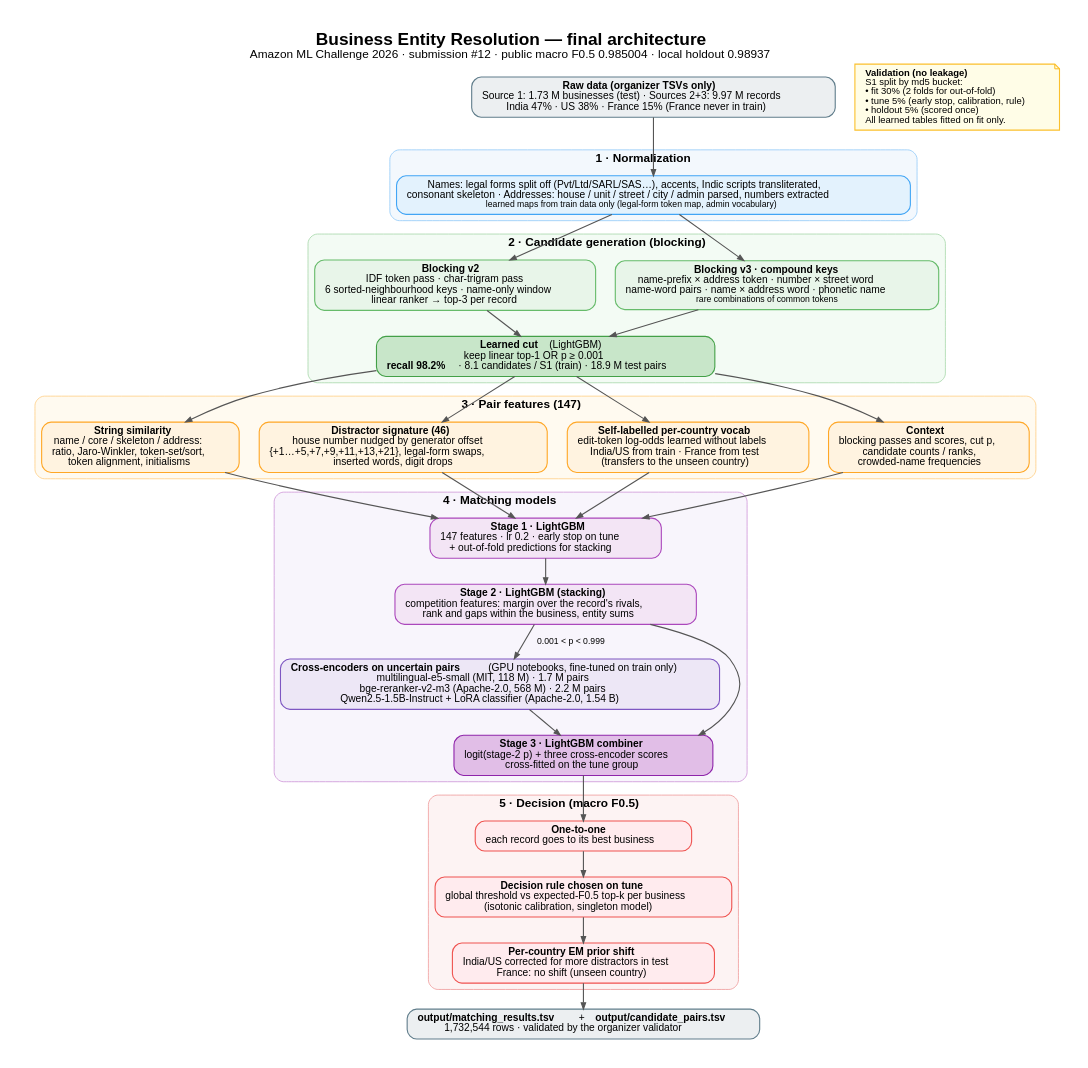
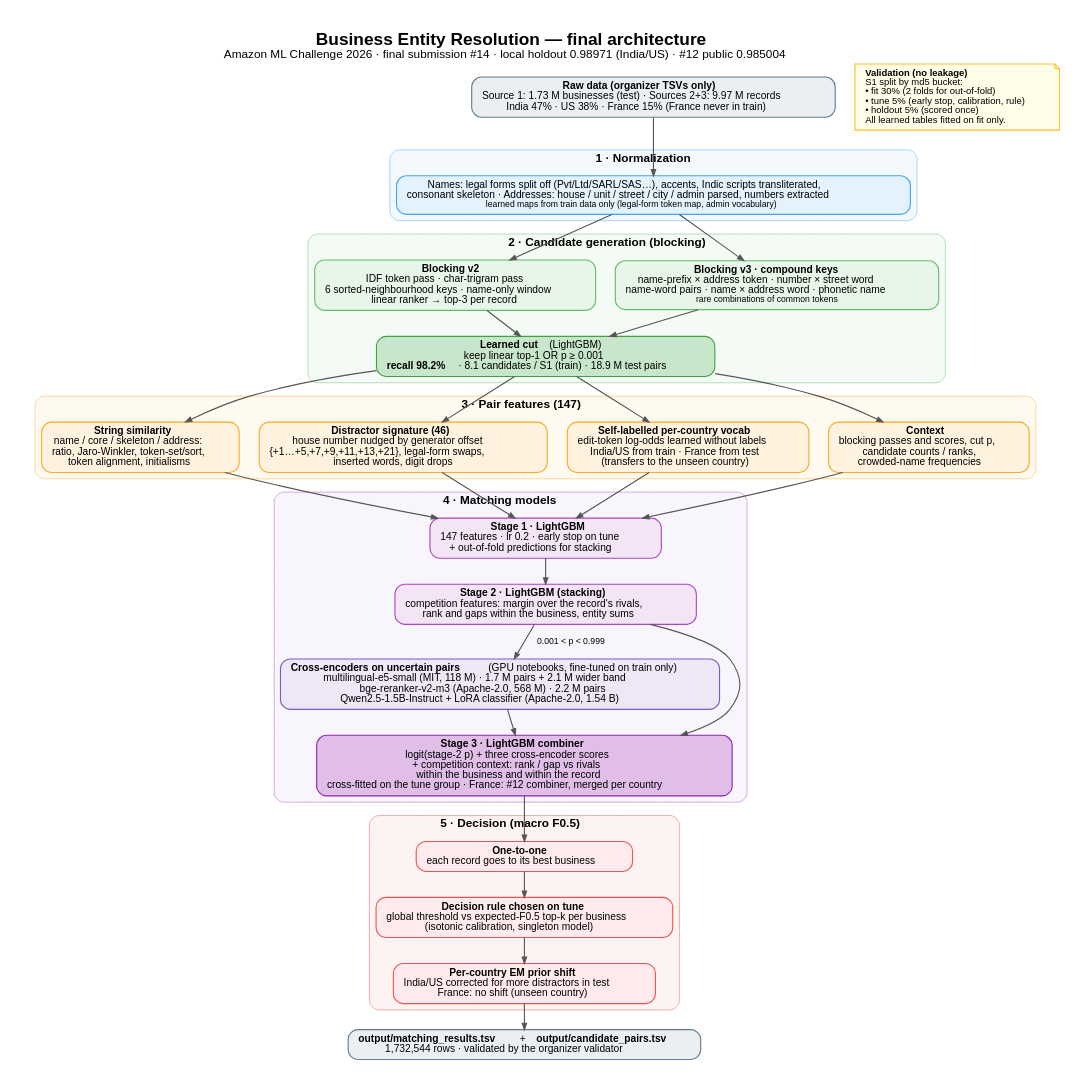
Before and after one commit to Dharaneswara-Reddy/amazon-ml-challenge-2026: the diagram in docs/diagrams/final_architecture.dot, drawn with Graphviz. The commit also changed 5 other files, not shown here.

Commit message:
D-029 final: stage-3 competition context + wider e5 band for India/US, #12 stage 3 for France, per-country merge; docs, README reproduce steps, diagram

```diff
--- a/docs/diagrams/final_architecture.dot
+++ b/docs/diagrams/final_architecture.dot
@@ -1,62 +1,62 @@
-// Final architecture of the submitted solution (#12, public 0.985004, local holdout 0.98937).
+// Final architecture of the submitted solution (#14 final, local holdout 0.98971; #12 public 0.985004).
 // Render: dot -Tpng -Gdpi=180 final_architecture.dot -o final_architecture.png
 digraph arch {
   graph [rankdir=TB, fontname="Helvetica", fontsize=22, labelloc=t, nodesep=0.35, ranksep=0.45, pad=0.4,
-         label=<<B>Business Entity Resolution — final architecture</B><BR/><FONT POINT-SIZE="15">Amazon ML Challenge 2026 · submission #12 · public macro F0.5 0.985004 · local holdout 0.98937</FONT>>];
+         label=<<B>Business Entity Resolution — final architecture</B><BR/><FONT POINT-SIZE="15">Amazon ML Challenge 2026 · final submission #14 · local holdout 0.98971 (India/US) · #12 public 0.985004</FONT>>];
   node  [shape=box, style="rounded,filled", fontname="Helvetica", fontsize=13, penwidth=1.4, margin="0.18,0.08"];
   edge  [color="#555555", penwidth=1.4, arrowsize=0.8, fontname="Helvetica", fontsize=11];
 
   input [label=<<B>Raw data (organizer TSVs only)</B><BR/>Source 1: 1.73 M businesses (test) · Sources 2+3: 9.97 M records<BR/>India 47% · US 38% · France 15% (France never in train)>, fillcolor="#eceff1", color="#607d8b"];
 
   subgraph cluster_norm {
     label=<<B>1 · Normalization</B>>; style="rounded,filled"; fillcolor="#f3f8fd"; color="#90caf9"; fontsize=15;
     norm [label=<Names: legal forms split off (Pvt/Ltd/SARL/SAS…), accents, Indic scripts transliterated,<BR/>consonant skeleton · Addresses: house / unit / street / city / admin parsed, numbers extracted<BR/><FONT POINT-SIZE="11">learned maps from train data only (legal-form token map, admin vocabulary)</FONT>>, fillcolor="#e3f2fd", color="#42a5f5"];
   }
 
   subgraph cluster_block {
     label=<<B>2 · Candidate generation (blocking)</B>>; style="rounded,filled"; fillcolor="#f3fbf4"; color="#a5d6a7"; fontsize=15;
     b2 [label=<<B>Blocking v2</B><BR/>IDF token pass · char-trigram pass<BR/>6 sorted-neighbourhood keys · name-only window<BR/>linear ranker → top-3 per record>, fillcolor="#e8f5e9", color="#66bb6a"];
     b3 [label=<<B>Blocking v3 · compound keys</B><BR/>name-prefix × address token · number × street word<BR/>name-word pairs · name × address word · phonetic name<BR/><FONT POINT-SIZE="11">rare combinations of common tokens</FONT>>, fillcolor="#e8f5e9", color="#66bb6a"];
     cut [label=<<B>Learned cut</B> (LightGBM)<BR/>keep linear top-1 OR p ≥ 0.001<BR/><B>recall 98.2%</B> · 8.1 candidates / S1 (train) · 18.9 M test pairs>, fillcolor="#c8e6c9", color="#43a047"];
     {rank=same; b2; b3}
   }
 
   subgraph cluster_feat {
     label=<<B>3 · Pair features (147)</B>>; style="rounded,filled"; fillcolor="#fffaf0"; color="#ffcc80"; fontsize=15;
     fs [label=<<B>String similarity</B><BR/>name / core / skeleton / address:<BR/>ratio, Jaro-Winkler, token-set/sort,<BR/>token alignment, initialisms>, fillcolor="#fff3e0", color="#ffa726"];
     fg [label=<<B>Distractor signature (46)</B><BR/>house number nudged by generator offset<BR/>{+1…+5,+7,+9,+11,+13,+21}, legal-form swaps,<BR/>inserted words, digit drops>, fillcolor="#fff3e0", color="#ffa726"];
     fv [label=<<B>Self-labelled per-country vocab</B><BR/>edit-token log-odds learned without labels<BR/>India/US from train · France from test<BR/>(transfers to the unseen country)>, fillcolor="#fff3e0", color="#ffa726"];
     fc [label=<<B>Context</B><BR/>blocking passes and scores, cut p,<BR/>candidate counts / ranks,<BR/>crowded-name frequencies>, fillcolor="#fff3e0", color="#ffa726"];
     {rank=same; fs; fg; fv; fc}
   }
 
   subgraph cluster_model {
     label=<<B>4 · Matching models</B>>; style="rounded,filled"; fillcolor="#f8f5fc"; color="#ce93d8"; fontsize=15;
     s1 [label=<<B>Stage 1 · LightGBM</B><BR/>147 features · lr 0.2 · early stop on tune<BR/>+ out-of-fold predictions for stacking>, fillcolor="#f3e5f5", color="#ab47bc"];
     s2 [label=<<B>Stage 2 · LightGBM (stacking)</B><BR/>competition features: margin over the record's rivals,<BR/>rank and gaps within the business, entity sums>, fillcolor="#f3e5f5", color="#ab47bc"];
-    ce [label=<<B>Cross-encoders on uncertain pairs</B> (GPU notebooks, fine-tuned on train only)<BR/>multilingual-e5-small (MIT, 118 M) · 1.7 M pairs<BR/>bge-reranker-v2-m3 (Apache-2.0, 568 M) · 2.2 M pairs<BR/>Qwen2.5-1.5B-Instruct + LoRA classifier (Apache-2.0, 1.54 B)>, fillcolor="#ede7f6", color="#7e57c2"];
-    s3 [label=<<B>Stage 3 · LightGBM combiner</B><BR/>logit(stage-2 p) + three cross-encoder scores<BR/>cross-fitted on the tune group>, fillcolor="#e1bee7", color="#8e24aa"];
+    ce [label=<<B>Cross-encoders on uncertain pairs</B> (GPU notebooks, fine-tuned on train only)<BR/>multilingual-e5-small (MIT, 118 M) · 1.7 M pairs + 2.1 M wider band<BR/>bge-reranker-v2-m3 (Apache-2.0, 568 M) · 2.2 M pairs<BR/>Qwen2.5-1.5B-Instruct + LoRA classifier (Apache-2.0, 1.54 B)>, fillcolor="#ede7f6", color="#7e57c2"];
+    s3 [label=<<B>Stage 3 · LightGBM combiner</B><BR/>logit(stage-2 p) + three cross-encoder scores<BR/>+ competition context: rank / gap vs rivals<BR/>within the business and within the record<BR/>cross-fitted on the tune group · France: #12 combiner, merged per country>, fillcolor="#e1bee7", color="#8e24aa"];
   }
 
   subgraph cluster_dec {
     label=<<B>5 · Decision (macro F0.5)</B>>; style="rounded,filled"; fillcolor="#fdf3f3"; color="#ef9a9a"; fontsize=15;
     oto [label=<<B>One-to-one</B><BR/>each record goes to its best business>, fillcolor="#ffebee", color="#ef5350"];
     rule [label=<<B>Decision rule chosen on tune</B><BR/>global threshold vs expected-F0.5 top-k per business<BR/>(isotonic calibration, singleton model)>, fillcolor="#ffebee", color="#ef5350"];
     shift [label=<<B>Per-country EM prior shift</B><BR/>India/US corrected for more distractors in test<BR/>France: no shift (unseen country)>, fillcolor="#ffebee", color="#ef5350"];
   }
 
   out [label=<<B>output/matching_results.tsv</B> + <B>output/candidate_pairs.tsv</B><BR/>1,732,544 rows · validated by the organizer validator>, fillcolor="#eceff1", color="#607d8b"];
 
   val [shape=note, style="filled", fillcolor="#fffde7", color="#fbc02d", fontsize=12,
        label=<<B>Validation (no leakage)</B><BR ALIGN="LEFT"/>S1 split by md5 bucket:<BR ALIGN="LEFT"/>• fit 30% (2 folds for out-of-fold)<BR ALIGN="LEFT"/>• tune 5% (early stop, calibration, rule)<BR ALIGN="LEFT"/>• holdout 5% (scored once)<BR ALIGN="LEFT"/>All learned tables fitted on fit only.<BR ALIGN="LEFT"/>>];
 
   input -> norm;
   norm -> b2; norm -> b3;
   b2 -> cut; b3 -> cut;
   cut -> fs; cut -> fg; cut -> fv; cut -> fc;
   fs -> s1; fg -> s1; fv -> s1; fc -> s1;
   s1 -> s2;
   s2 -> ce [label="  0.001 < p < 0.999"];
   s2 -> s3; ce -> s3;
   s3 -> oto -> rule -> shift -> out;
 }
```
